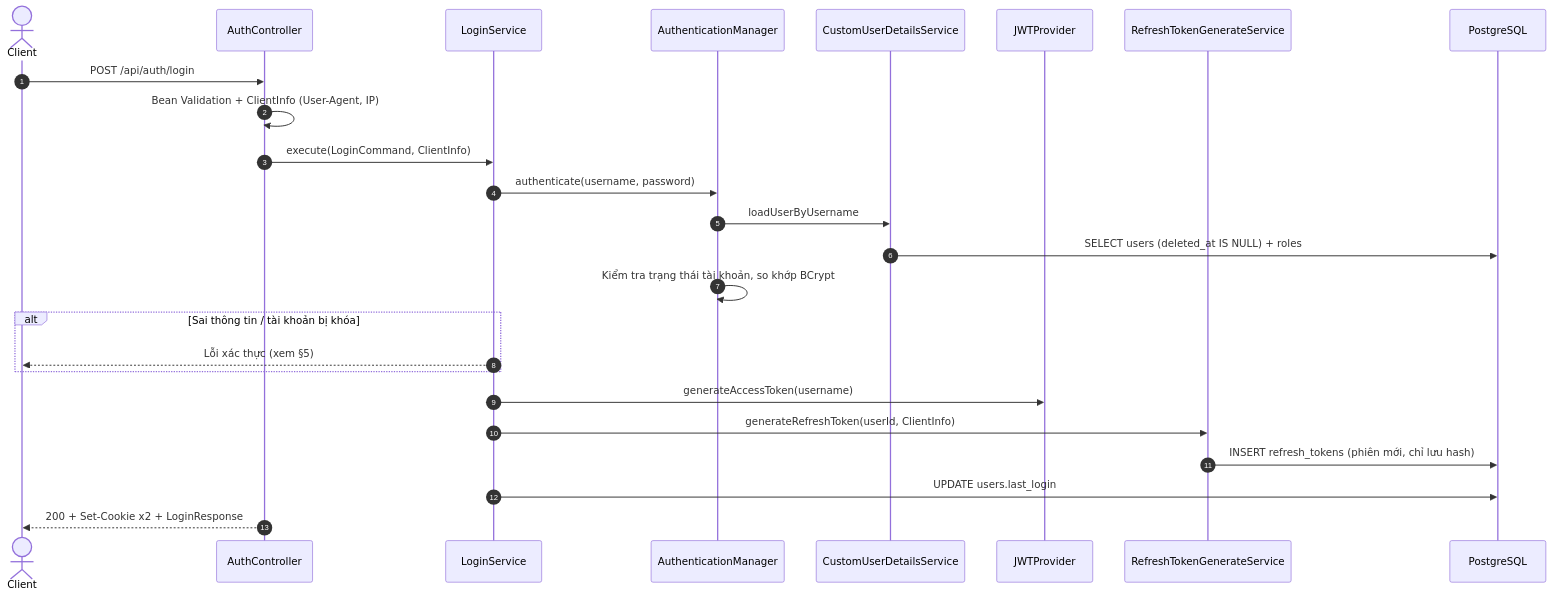
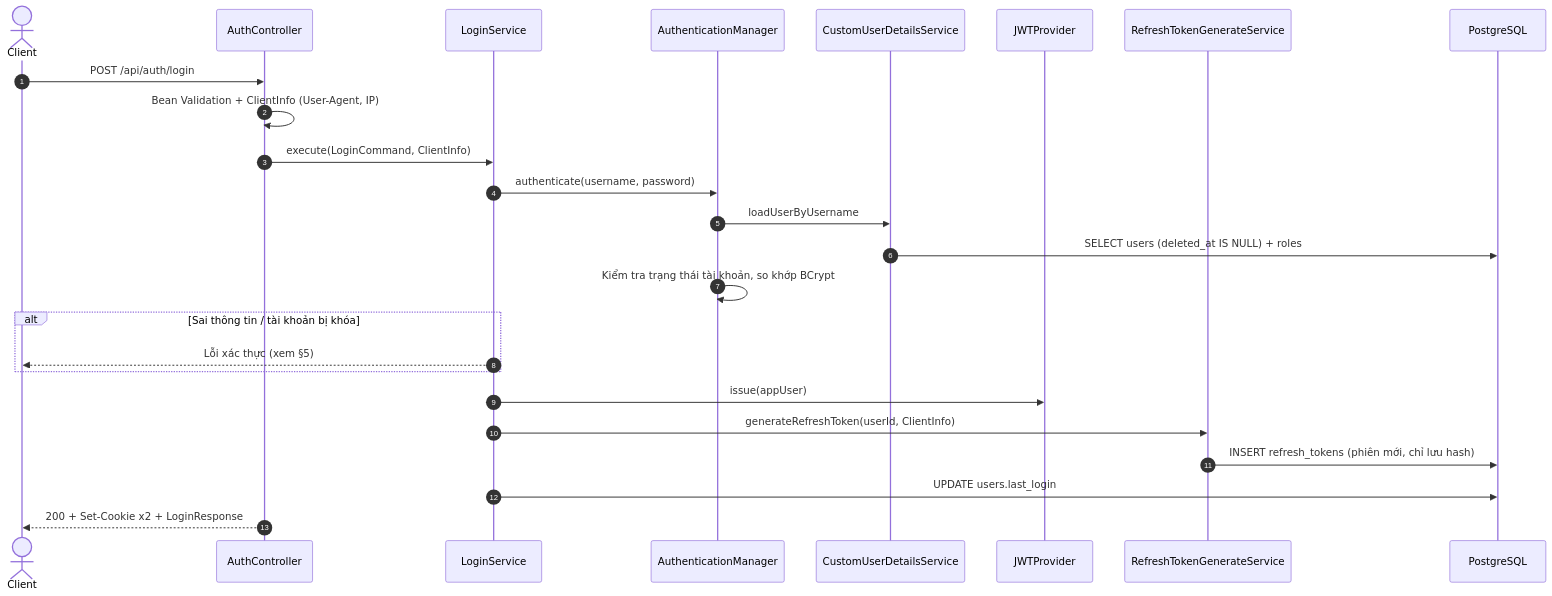
The diagram in dev_docs/auth/02_AUTH_LOGIN_FLOW.md (SunvibeVn/sunvibe-server), drawn with Mermaid before and after one commit. The commit also changed other lines of this file and 156 other files, not shown here.

````diff
--- a/dev_docs/auth/02_AUTH_LOGIN_FLOW.md
+++ b/dev_docs/auth/02_AUTH_LOGIN_FLOW.md
@@ -80,28 +80,28 @@
 ```mermaid
 sequenceDiagram
     autonumber
     actor C as Client
     participant AC as AuthController
     participant LS as LoginService
     participant AM as AuthenticationManager
     participant UDS as CustomUserDetailsService
     participant JWT as JWTProvider
     participant RT as RefreshTokenGenerateService
     participant DB as PostgreSQL
 
     C->>AC: POST /api/auth/login
     AC->>AC: Bean Validation + ClientInfo (User-Agent, IP)
     AC->>LS: execute(LoginCommand, ClientInfo)
     LS->>AM: authenticate(username, password)
     AM->>UDS: loadUserByUsername
     UDS->>DB: SELECT users (deleted_at IS NULL) + roles
     AM->>AM: Kiểm tra trạng thái tài khoản, so khớp BCrypt
     alt Sai thông tin / tài khoản bị khóa
         LS-->>C: Lỗi xác thực (xem §5)
     end
-    LS->>JWT: generateAccessToken(username)
+    LS->>JWT: issue(appUser)
     LS->>RT: generateRefreshToken(userId, ClientInfo)
     RT->>DB: INSERT refresh_tokens (phiên mới, chỉ lưu hash)
     LS->>DB: UPDATE users.last_login
     AC-->>C: 200 + Set-Cookie x2 + LoginResponse
 ```
````
